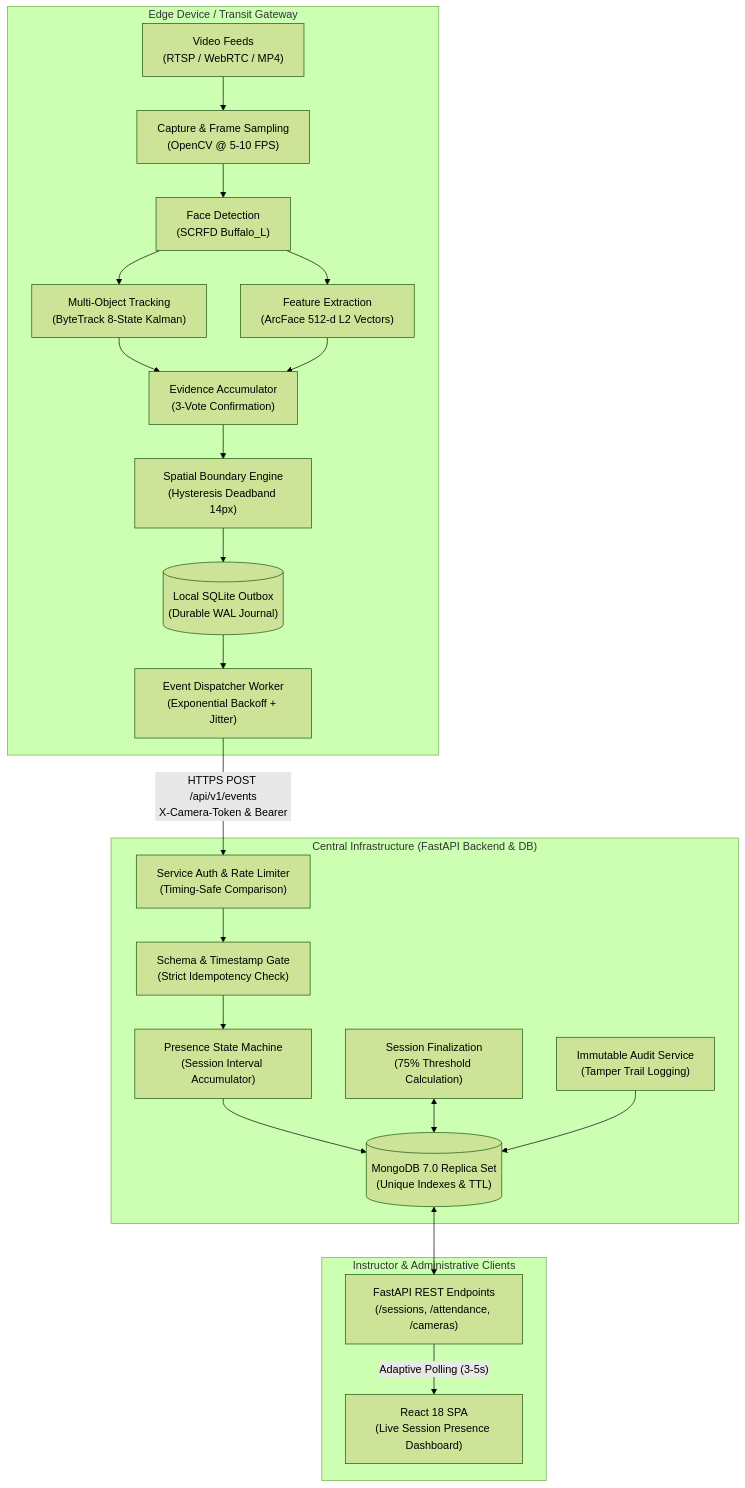
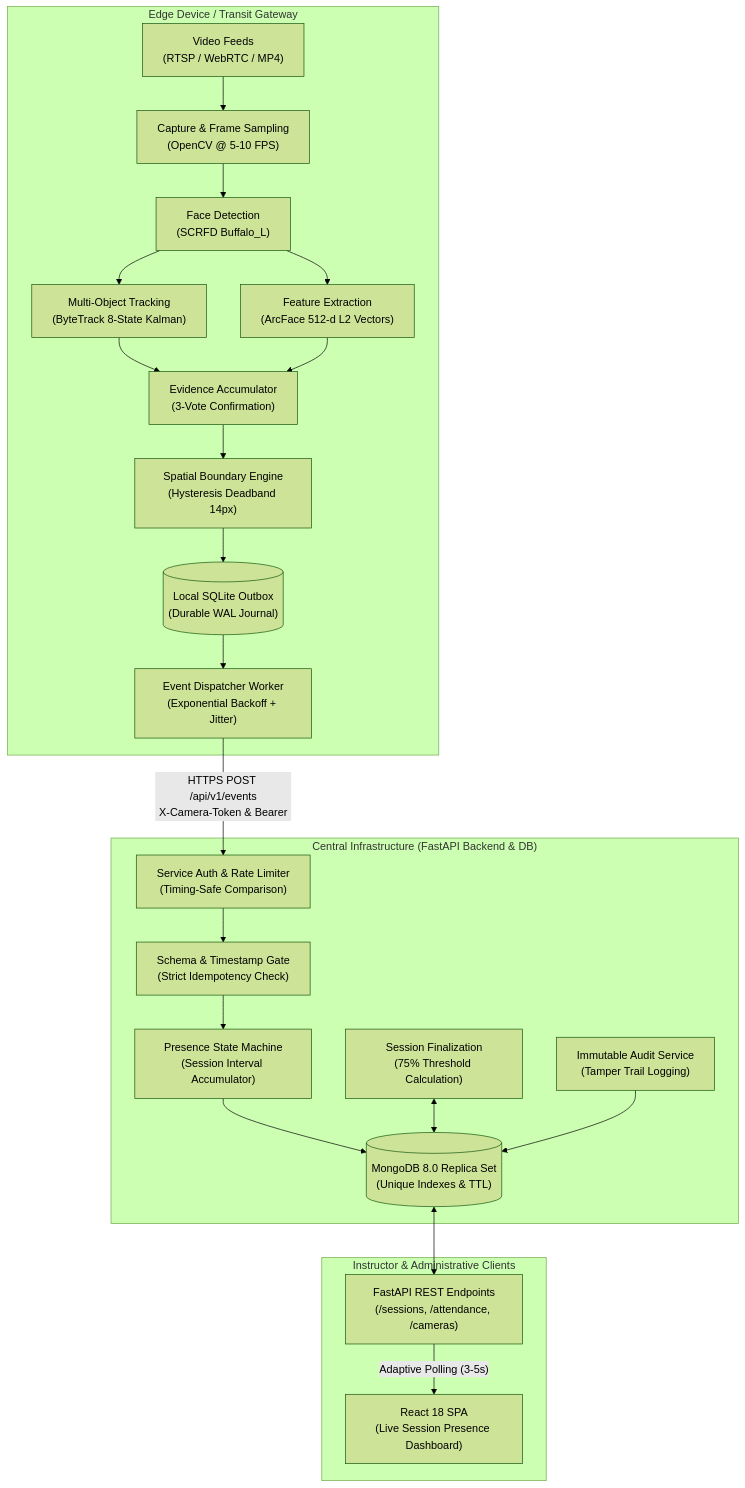
Before and after one commit to krishtewatia/anti_proxy_attendance: the diagram in docs/architecture/system_architecture.md, drawn with Mermaid (forest theme). The commit also changed other lines of this file and 8 other files, not shown here.

````diff
--- a/docs/architecture/system_architecture.md
+++ b/docs/architecture/system_architecture.md
@@ -13,27 +13,27 @@
 ```mermaid
 flowchart TB
     subgraph "Edge Device / Transit Gateway"
         SRC["Video Feeds<br>(RTSP / WebRTC / MP4)"] --> CAP["Capture & Frame Sampling<br>(OpenCV @ 5-10 FPS)"]
         CAP --> SCRFD["Face Detection<br>(SCRFD Buffalo_L)"]
         SCRFD --> BYTE["Multi-Object Tracking<br>(ByteTrack 8-State Kalman)"]
         SCRFD --> ARC["Feature Extraction<br>(ArcFace 512-d L2 Vectors)"]
         BYTE & ARC --> FUSE["Evidence Accumulator<br>(3-Vote Confirmation)"]
         FUSE --> BOUND["Spatial Boundary Engine<br>(Hysteresis Deadband 14px)"]
         BOUND --> SQLITE[("Local SQLite Outbox<br>(Durable WAL Journal)")]
         SQLITE --> WORKER["Event Dispatcher Worker<br>(Exponential Backoff + Jitter)"]
     end
 
     subgraph "Central Infrastructure (FastAPI Backend & DB)"
         WORKER -->|"HTTPS POST /api/v1/events<br>X-Camera-Token & Bearer"| AUTH["Service Auth & Rate Limiter<br>(Timing-Safe Comparison)"]
         AUTH --> VALID["Schema & Timestamp Gate<br>(Strict Idempotency Check)"]
         VALID --> PRES["Presence State Machine<br>(Session Interval Accumulator)"]
-        PRES --> MONGO[("MongoDB 7.0 Replica Set<br>(Unique Indexes & TTL)")]
+        PRES --> MONGO[("MongoDB 8.0 Replica Set<br>(Unique Indexes & TTL)")]
         SESS["Session Finalization<br>(75% Threshold Calculation)"] <--> MONGO
         AUDIT["Immutable Audit Service<br>(Tamper Trail Logging)"] --> MONGO
     end
 
     subgraph "Instructor & Administrative Clients"
         MONGO <--> REST["FastAPI REST Endpoints<br>(/sessions, /attendance, /cameras)"]
         REST -->|"Adaptive Polling (3-5s)"| UI["React 18 SPA<br>(Live Session Presence Dashboard)"]
     end
 ```
````
